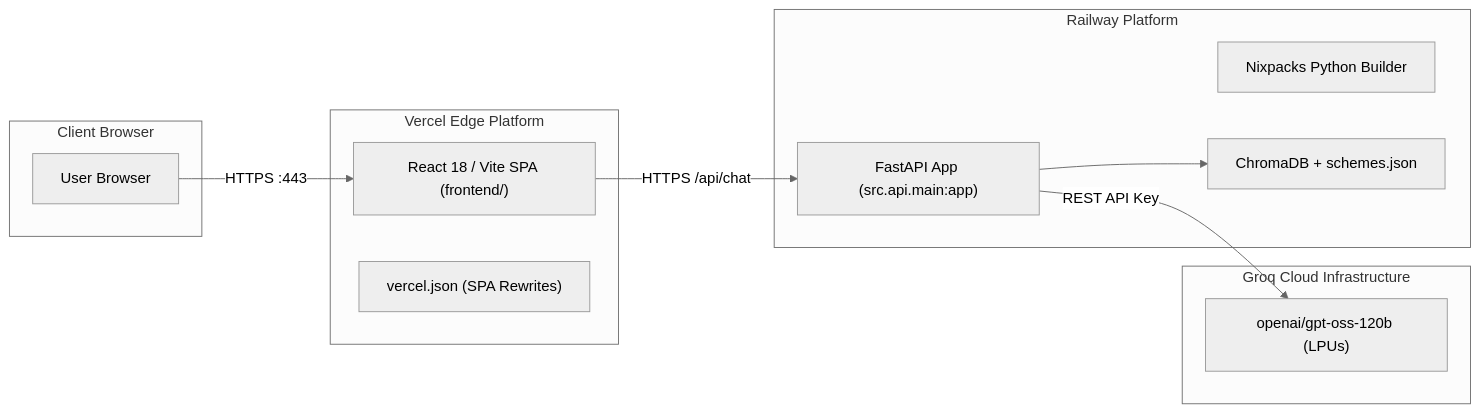
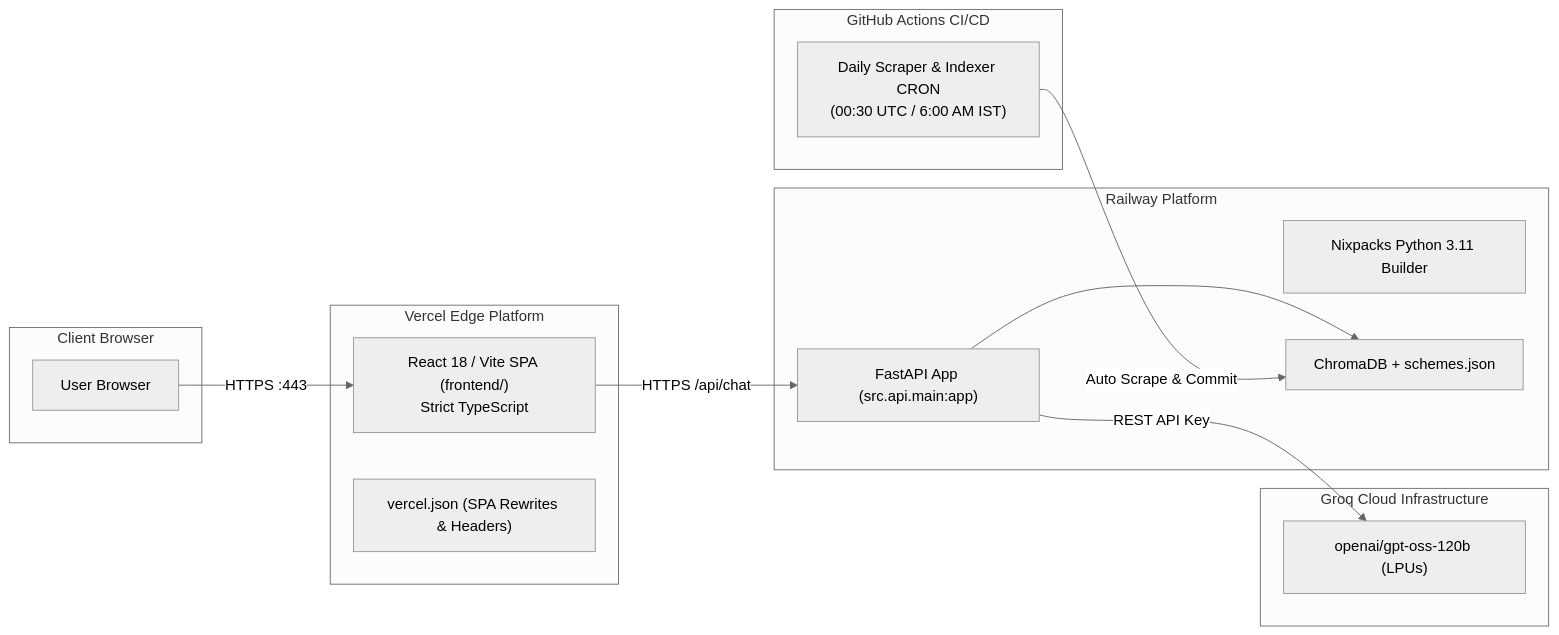
The diagram in docs/deployment.md (beyoujagat/fundcompass-rag-chatbot), drawn with Mermaid (neutral theme) before and after one commit. The commit also changed other lines of this file and 2 other files, not shown here.

Commit message:
docs: consolidate technical architecture and project documentation

````diff
--- a/docs/deployment.md
+++ b/docs/deployment.md
@@ -10,26 +10,31 @@
 ```mermaid
 flowchart LR
     subgraph Client ["Client Browser"]
         Browser["User Browser"]
     end
 
     subgraph VercelEdge ["Vercel Edge Platform"]
-        UI["React 18 / Vite SPA (frontend/)"]
-        Rewrite["vercel.json (SPA Rewrites)"]
+        UI["React 18 / Vite SPA (frontend/)<br>Strict TypeScript"]
+        Rewrite["vercel.json (SPA Rewrites & Headers)"]
     end
 
     subgraph RailwayCloud ["Railway Platform"]
         FastAPI["FastAPI App (src.api.main:app)"]
-        Nixpacks["Nixpacks Python Builder"]
+        Nixpacks["Nixpacks Python 3.11 Builder"]
         ChromaStore["ChromaDB + schemes.json"]
     end
 
     subgraph GroqCloud ["Groq Cloud Infrastructure"]
         Groq["openai/gpt-oss-120b (LPUs)"]
     end
 
+    subgraph GitHubCI ["GitHub Actions CI/CD"]
+        Cron["Daily Scraper & Indexer CRON<br>(00:30 UTC / 6:00 AM IST)"]
+    end
+
     Browser -->|HTTPS :443| UI
     UI -->|HTTPS /api/chat| FastAPI
     FastAPI --> ChromaStore
     FastAPI -->|REST API Key| Groq
+    Cron -->|Auto Scrape & Commit| ChromaStore
 ```
````
